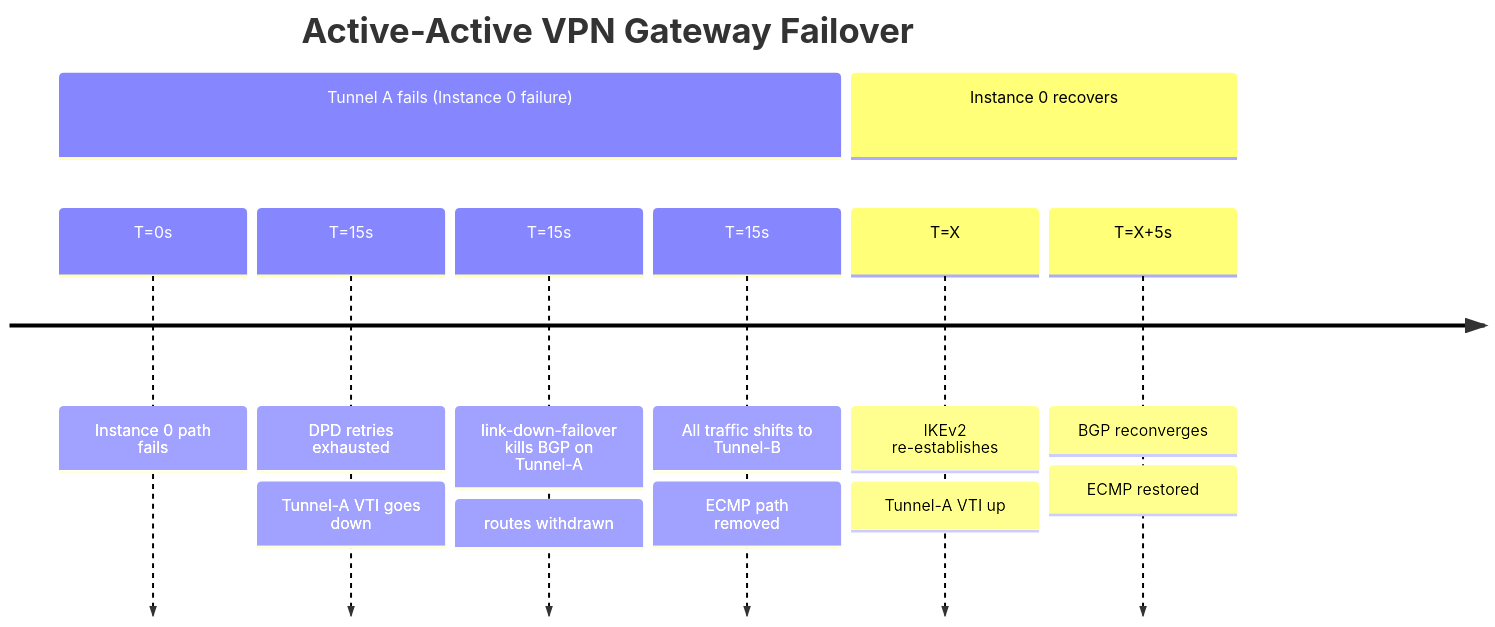
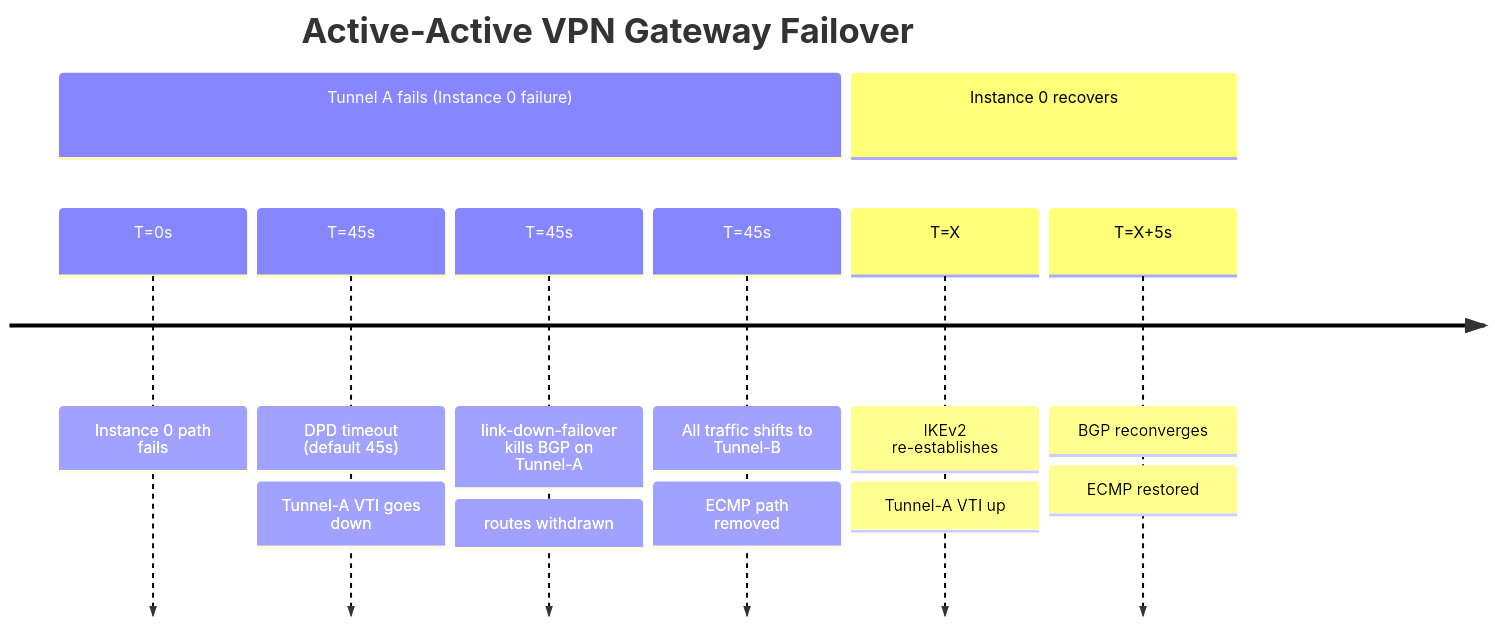
One commit to neil-booker-cko/docs changed the second of 2 diagrams in docs/azure/bgp_vpn_optimization.md. Above: the diagram before and after it, drawn with Mermaid. The commit also changed other lines of this file and 75 other files, not shown here.

````diff
--- a/docs/azure/bgp_vpn_optimization.md
+++ b/docs/azure/bgp_vpn_optimization.md
@@ -67,12 +70,12 @@
 ```mermaid
 timeline
     title Active-Active VPN Gateway Failover
     section Tunnel A fails (Instance 0 failure)
         T=0s : Instance 0 path fails
-        T=15s : DPD retries exhausted : Tunnel-A VTI goes down
-        T=15s : link-down-failover kills BGP on Tunnel-A : routes withdrawn
-        T=15s : All traffic shifts to Tunnel-B : ECMP path removed
+        T=45s : DPD timeout (default 45s) : Tunnel-A VTI goes down
+        T=45s : link-down-failover kills BGP on Tunnel-A : routes withdrawn
+        T=45s : All traffic shifts to Tunnel-B : ECMP path removed
     section Instance 0 recovers
         T=X : IKEv2 re-establishes : Tunnel-A VTI up
         T=X+5s : BGP reconverges : ECMP restored
 ```
````
